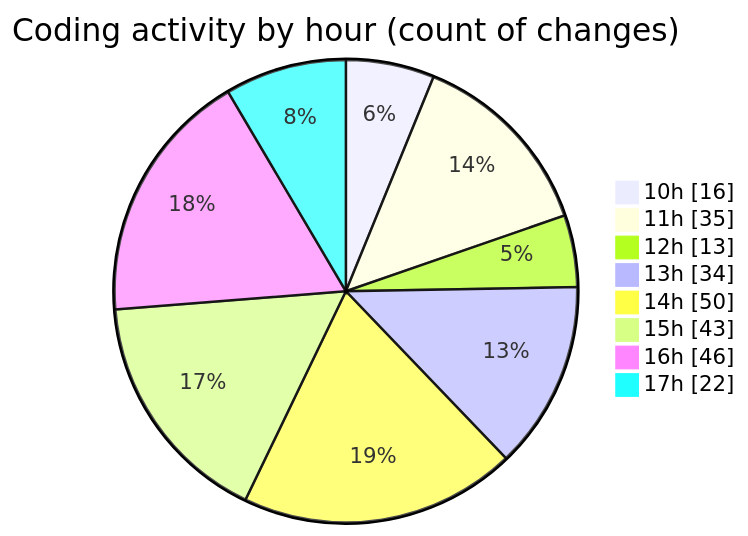
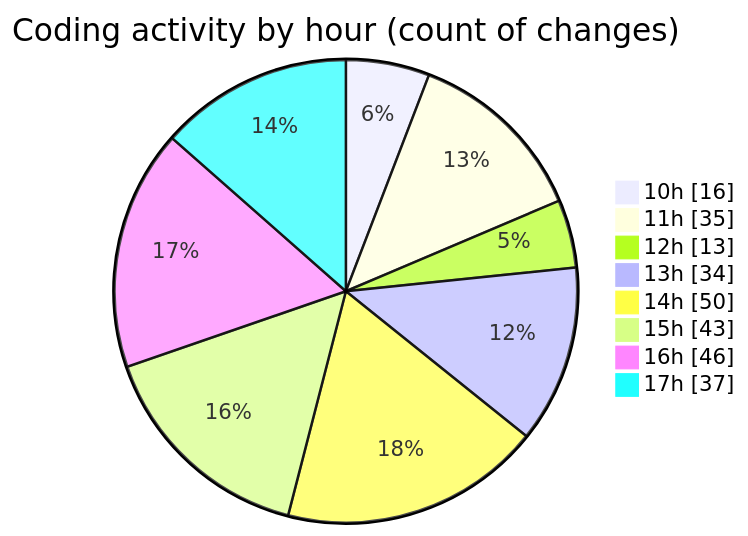
One commit to charlie-sans/code-tracking changed the second of 2 diagrams in 2025-02-20/micros/README.md. Above: the diagram before and after it, drawn with Mermaid. The commit also changed other lines of this file and 1 other file, not shown here.

````diff
--- a/2025-02-20/micros/README.md
+++ b/2025-02-20/micros/README.md
@@ -70,12 +70,12 @@
 ```mermaid
 pie showData
 title Coding activity by hour (count of changes)
 "10h" : 16
 "11h" : 35
 "12h" : 13
 "13h" : 34
 "14h" : 50
 "15h" : 43
 "16h" : 46
-"17h" : 22
+"17h" : 37
 ```
````
